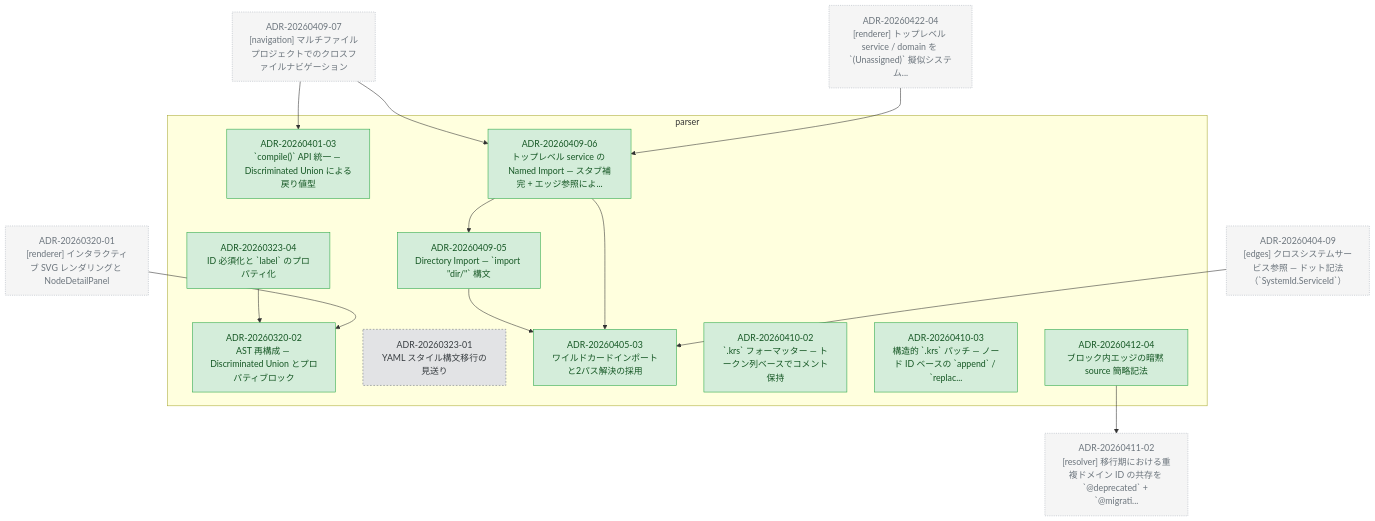
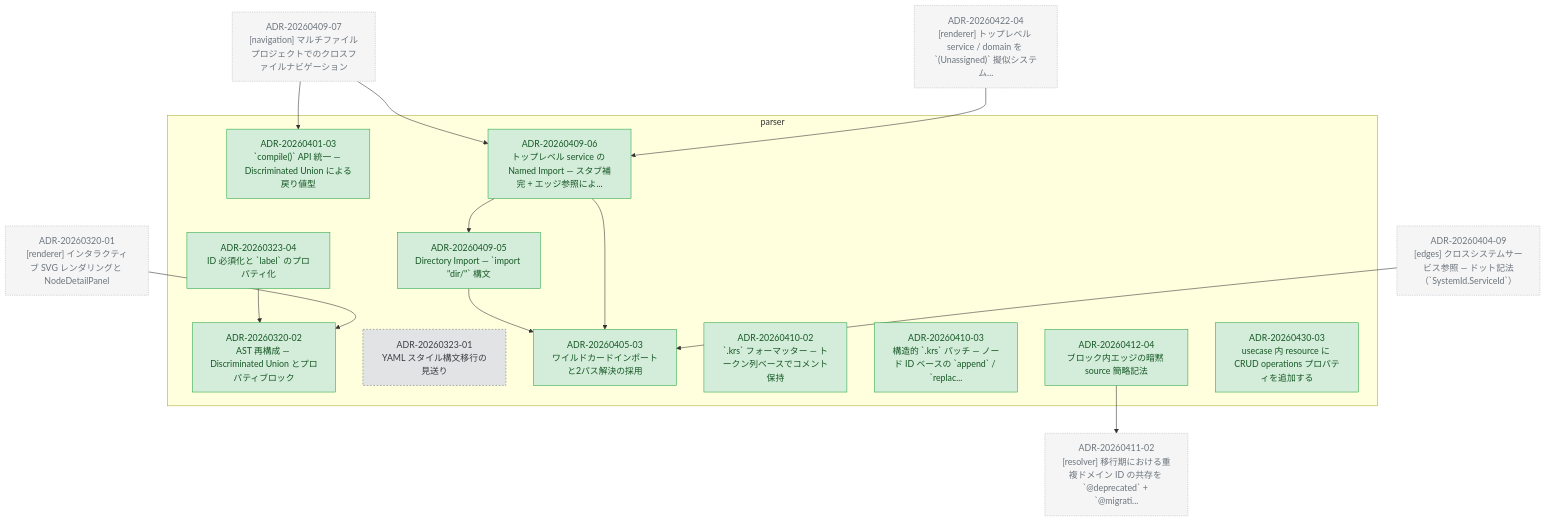
Before and after one commit to kompiro/karasu: the diagram in docs/adr/graph/parser.md, drawn with Mermaid. The commit also changed other lines of this file and 4 other files, not shown here.

First line of the commit message:
docs(adr): promote resource CRUD operations design to ADR-20260430-03

````diff
--- a/docs/adr/graph/parser.md
+++ b/docs/adr/graph/parser.md
@@ -6,52 +6,54 @@
 ```mermaid
 flowchart TD
   subgraph parser["parser"]
     ADR_20260320_02["ADR-20260320-02<br/>AST 再構成 — Discriminated Union とプロパティブロック"]
     ADR_20260323_01["ADR-20260323-01<br/>YAML スタイル構文移行の見送り"]
     ADR_20260323_04["ADR-20260323-04<br/>ID 必須化と `label` のプロパティ化"]
     ADR_20260401_03["ADR-20260401-03<br/>`compile()` API 統一 — Discriminated Union による戻り値型"]
     ADR_20260405_03["ADR-20260405-03<br/>ワイルドカードインポートと2パス解決の採用"]
     ADR_20260409_05["ADR-20260409-05<br/>Directory Import — `import &quot;dir/&quot;` 構文"]
     ADR_20260409_06["ADR-20260409-06<br/>トップレベル service の Named Import — スタブ補完 + エッジ参照によ..."]
     ADR_20260410_02["ADR-20260410-02<br/>`.krs` フォーマッター — トークン列ベースでコメント保持"]
     ADR_20260410_03["ADR-20260410-03<br/>構造的 `.krs` パッチ — ノード ID ベースの `append` / `replac..."]
     ADR_20260412_04["ADR-20260412-04<br/>ブロック内エッジの暗黙 source 簡略記法"]
+    ADR_20260430_03["ADR-20260430-03<br/>usecase 内 resource に CRUD operations プロパティを追加する"]
   end
   ADR_20260320_01["ADR-20260320-01<br/>[renderer] インタラクティブ SVG レンダリングと NodeDetailPanel"]
   ADR_20260404_09["ADR-20260404-09<br/>[edges] クロスシステムサービス参照 — ドット記法（`SystemId.ServiceId`）"]
   ADR_20260409_07["ADR-20260409-07<br/>[navigation] マルチファイルプロジェクトでのクロスファイルナビゲーション"]
   ADR_20260411_02["ADR-20260411-02<br/>[resolver] 移行期における重複ドメイン ID の共存を `@deprecated` + `@migrati..."]
   ADR_20260422_04["ADR-20260422-04<br/>[renderer] トップレベル service / domain を `(Unassigned)` 擬似システム..."]
   ADR_20260323_04 --> ADR_20260320_02
   ADR_20260409_05 --> ADR_20260405_03
   ADR_20260409_06 --> ADR_20260409_05
   ADR_20260409_06 --> ADR_20260405_03
   ADR_20260412_04 --> ADR_20260411_02
   ADR_20260320_01 --> ADR_20260320_02
   ADR_20260404_09 --> ADR_20260405_03
   ADR_20260409_07 --> ADR_20260409_06
   ADR_20260409_07 --> ADR_20260401_03
   ADR_20260422_04 --> ADR_20260409_06
 
   classDef accepted fill:#d4edda,stroke:#28a745,color:#155724
   classDef proposed fill:#fff3cd,stroke:#ffc107,color:#856404
   classDef deprecated fill:#f8d7da,stroke:#dc3545,color:#721c24
   classDef superseded fill:#e2e3e5,stroke:#6c757d,color:#383d41
   classDef not_adopted fill:#e2e3e5,stroke:#6c757d,color:#383d41,stroke-dasharray:3 3
   classDef ghost fill:#f5f5f5,stroke:#adb5bd,color:#6c757d,stroke-dasharray:2 2
   class ADR_20260320_02 accepted
   class ADR_20260323_01 not_adopted
   class ADR_20260323_04 accepted
   class ADR_20260401_03 accepted
   class ADR_20260405_03 accepted
   class ADR_20260409_05 accepted
   class ADR_20260409_06 accepted
   class ADR_20260410_02 accepted
   class ADR_20260410_03 accepted
   class ADR_20260412_04 accepted
+  class ADR_20260430_03 accepted
   class ADR_20260320_01 ghost
   class ADR_20260404_09 ghost
   class ADR_20260409_07 ghost
   class ADR_20260411_02 ghost
   class ADR_20260422_04 ghost
 ```
````
